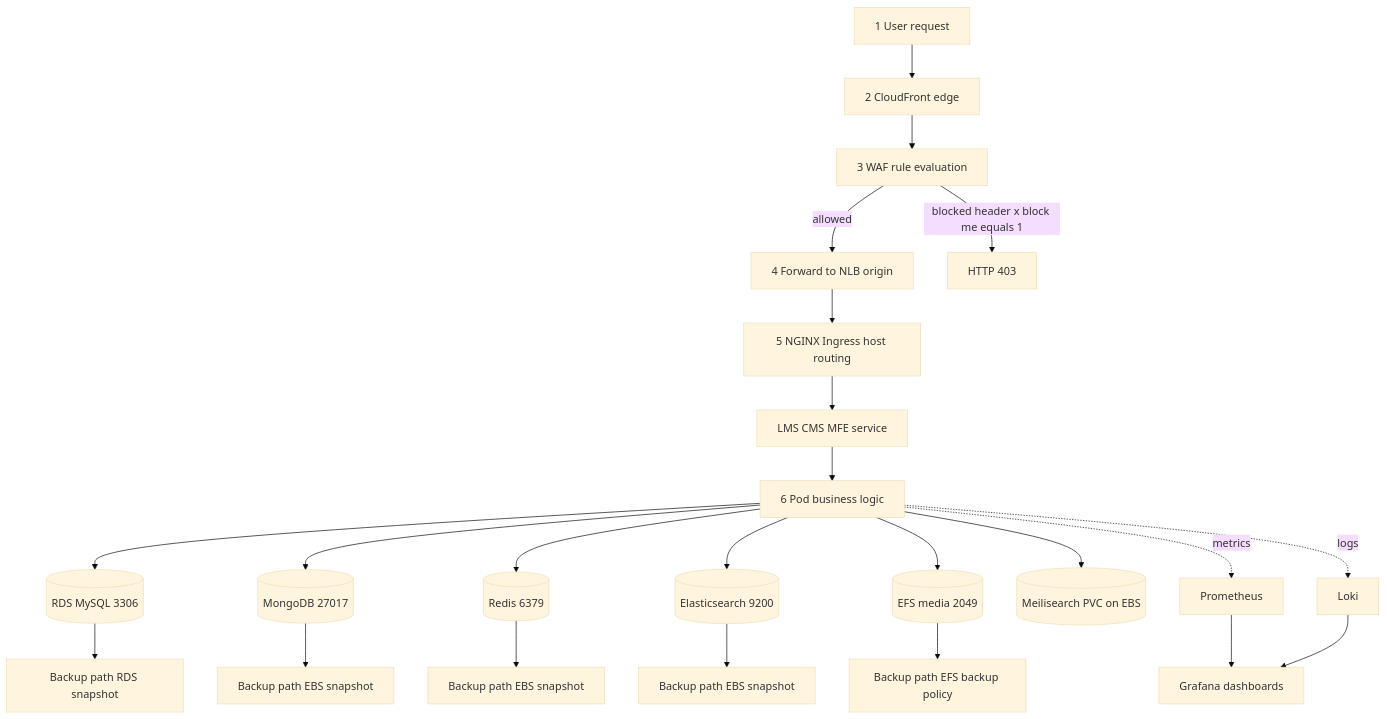
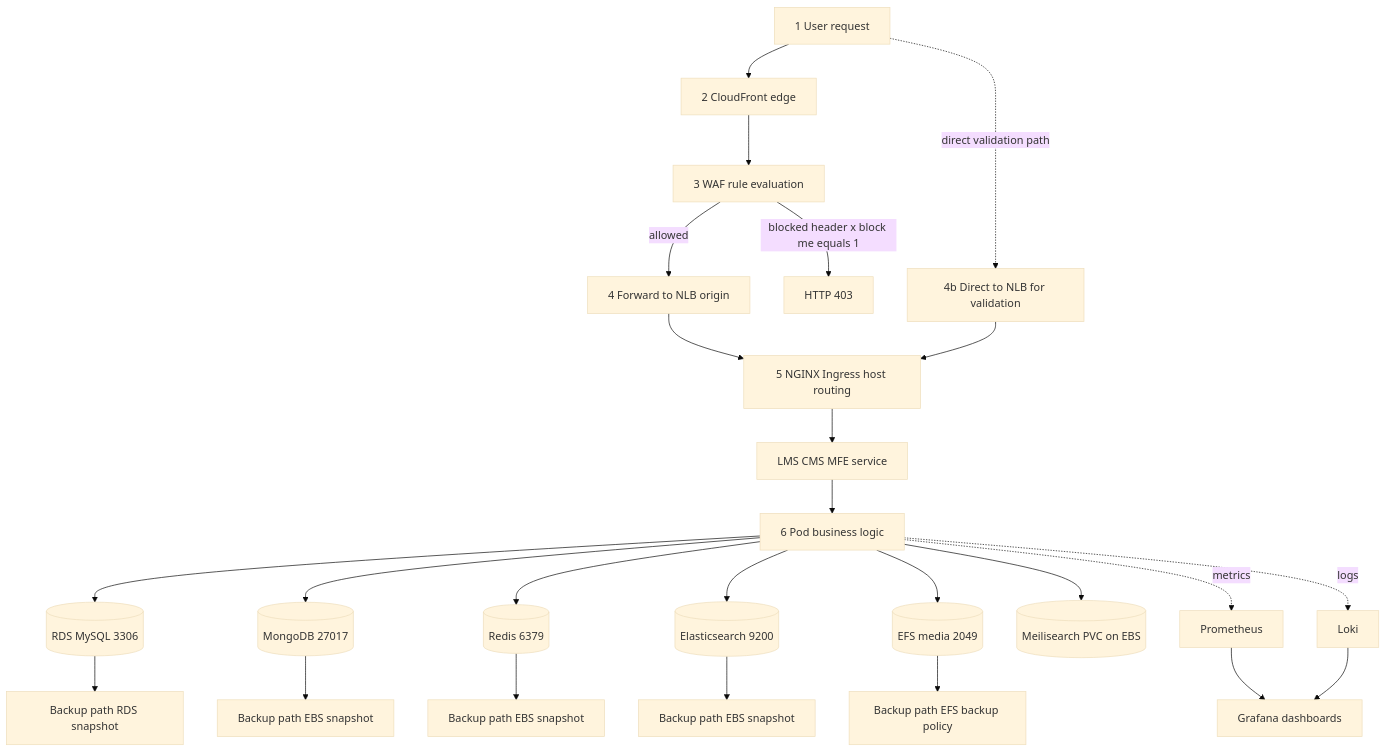
One commit to AL-Cybision/OpenEdX-K8s-Assessment-AWS-EKS changed the second of 2 diagrams in docs/architecture.md. Above: the diagram before and after it, drawn with Mermaid (base theme). The commit also changed other lines of this file, not shown here.

Commit message:
Clarify network flow direct NLB path and MFE NodePort note

````diff
--- a/docs/architecture.md
+++ b/docs/architecture.md
@@ -206,29 +206,31 @@
 ```mermaid
 flowchart TD
   A1["1 User request"] --> A2["2 CloudFront edge"]
   A2 --> A3["3 WAF rule evaluation"]
   A3 -->|allowed| A4["4 Forward to NLB origin"]
   A3 -->|blocked header x block me equals 1| A403["HTTP 403"]
+  A1 -. direct validation path .-> A4B["4b Direct to NLB for validation"]
 
   A4 --> A5["5 NGINX Ingress host routing"]
+  A4B --> A5
   A5 --> A6["LMS CMS MFE service"]
   A6 --> A7["6 Pod business logic"]
 
   A7 --> D1[("RDS MySQL 3306")]
   A7 --> D2[("MongoDB 27017")]
   A7 --> D3[("Redis 6379")]
   A7 --> D4[("Elasticsearch 9200")]
   A7 --> D5[("EFS media 2049")]
   A7 --> D6[("Meilisearch PVC on EBS")]
 
   A7 -. metrics .-> O1["Prometheus"]
   A7 -. logs .-> O2["Loki"]
   O1 --> O3["Grafana dashboards"]
   O2 --> O3
 
   D1 --> B1["Backup path RDS snapshot"]
   D2 --> B2["Backup path EBS snapshot"]
   D3 --> B3["Backup path EBS snapshot"]
   D4 --> B4["Backup path EBS snapshot"]
   D5 --> B5["Backup path EFS backup policy"]
 ```
````
